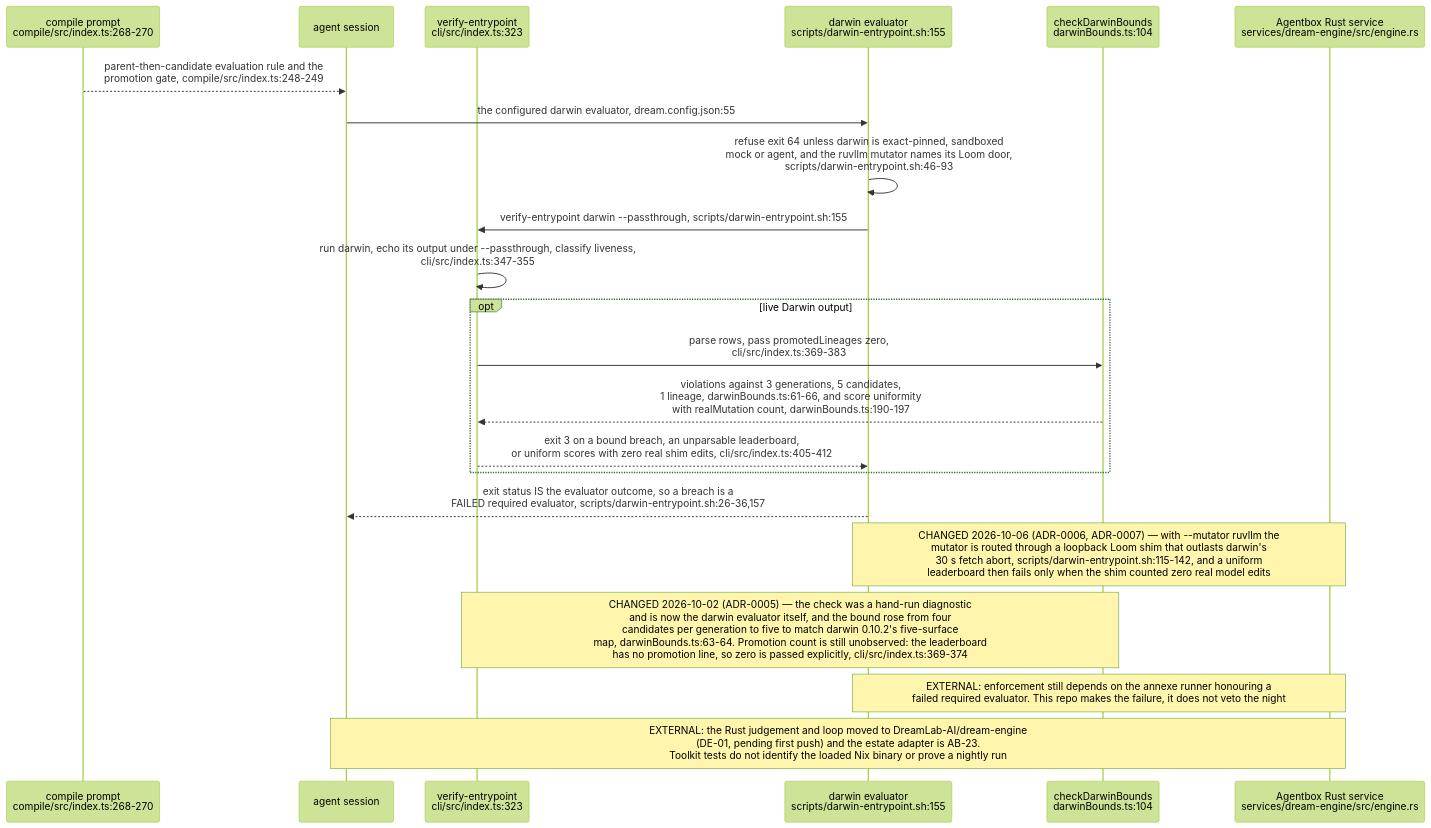
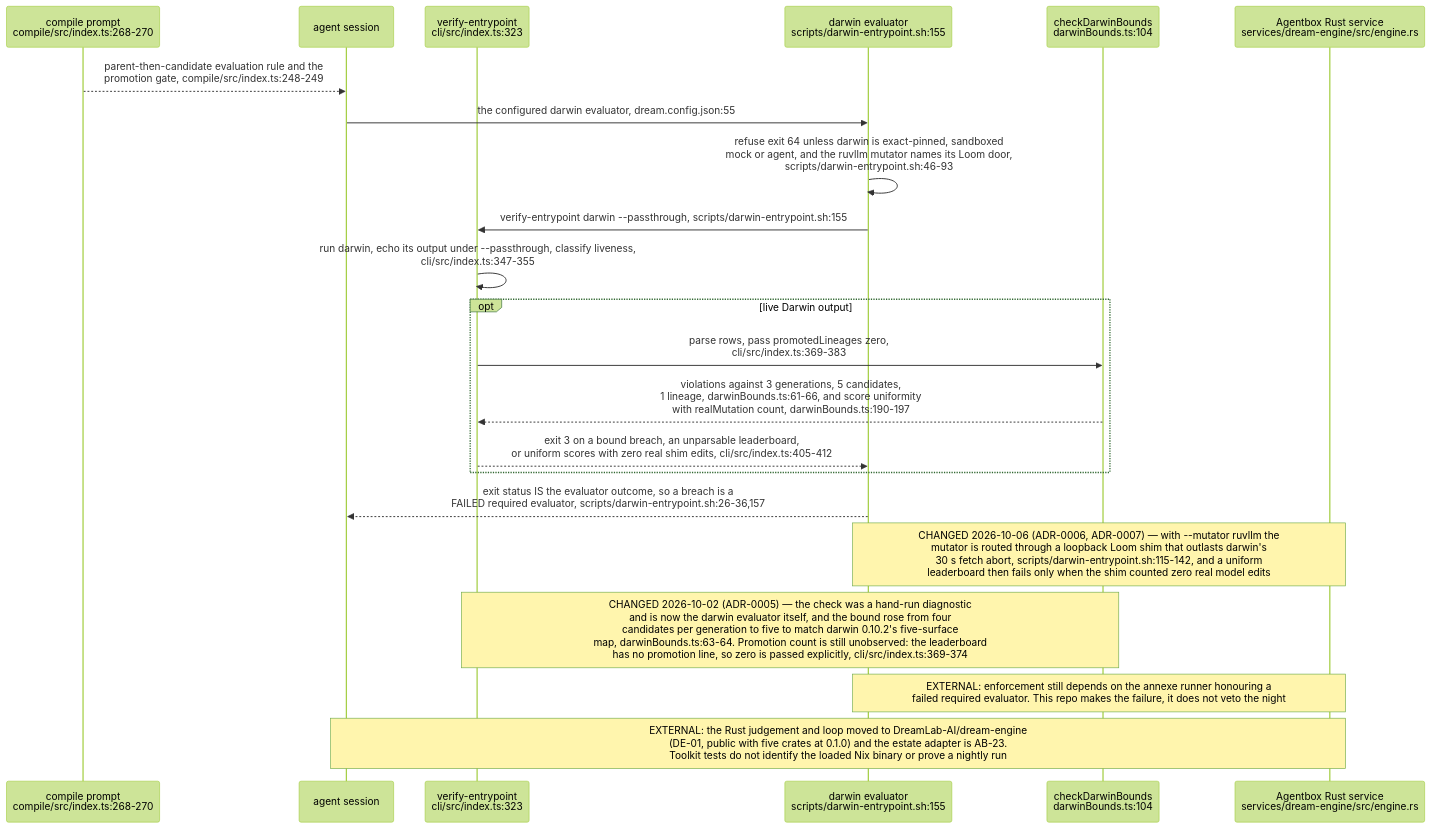
Before and after one commit to DreamLab-AI/VisionFlow: the second of 5 diagrams in docs/diagrams/estate/90-evidence-and-supporting-repositories.md, drawn with Mermaid (forest theme). The commit also changed other lines of this file and 10 other files, not shown here.

First line of the commit message:
docs(diagrams): re-stamp the dream-engine extraction topics to the published state

````diff
--- a/docs/diagrams/estate/90-evidence-and-supporting-repositories.md
+++ b/docs/diagrams/estate/90-evidence-and-supporting-repositories.md
@@ -45,24 +45,24 @@
 ```mermaid
 sequenceDiagram
     participant C as compile prompt<br/>compile/src/index.ts:268-270
     participant A as agent session
     participant D as verify-entrypoint<br/>cli/src/index.ts:323
     participant E as darwin evaluator<br/>scripts/darwin-entrypoint.sh:155
     participant B as checkDarwinBounds<br/>darwinBounds.ts:104
     participant R as Agentbox Rust service<br/>services/dream-engine/src/engine.rs
     C-->>A: parent-then-candidate evaluation rule and the<br/>promotion gate, compile/src/index.ts:248-249
     A->>E: the configured darwin evaluator, dream.config.json:55
     E->>E: refuse exit 64 unless darwin is exact-pinned, sandboxed<br/>mock or agent, and the ruvllm mutator names its Loom door,<br/>scripts/darwin-entrypoint.sh:46-93
     E->>D: verify-entrypoint darwin --passthrough, scripts/darwin-entrypoint.sh:155
     D->>D: run darwin, echo its output under --passthrough, classify liveness,<br/>cli/src/index.ts:347-355
     opt live Darwin output
         D->>B: parse rows, pass promotedLineages zero,<br/>cli/src/index.ts:369-383
         B-->>D: violations against 3 generations, 5 candidates,<br/>1 lineage, darwinBounds.ts:61-66, and score uniformity<br/>with realMutation count, darwinBounds.ts:190-197
         D-->>E: exit 3 on a bound breach, an unparsable leaderboard,<br/>or uniform scores with zero real shim edits, cli/src/index.ts:405-412
     end
     E-->>A: exit status IS the evaluator outcome, so a breach is a<br/>FAILED required evaluator, scripts/darwin-entrypoint.sh:26-36,157
     Note over E,R: CHANGED 2026-10-06 (ADR-0006, ADR-0007) — with --mutator ruvllm the<br/>mutator is routed through a loopback Loom shim that outlasts darwin's<br/>30 s fetch abort, scripts/darwin-entrypoint.sh:115-142, and a uniform<br/>leaderboard then fails only when the shim counted zero real model edits
     Note over D,B: CHANGED 2026-10-02 (ADR-0005) — the check was a hand-run diagnostic<br/>and is now the darwin evaluator itself, and the bound rose from four<br/>candidates per generation to five to match darwin 0.10.2's five-surface<br/>map, darwinBounds.ts:63-64. Promotion count is still unobserved: the leaderboard<br/>has no promotion line, so zero is passed explicitly, cli/src/index.ts:369-374
     Note over E,R: EXTERNAL: enforcement still depends on the annexe runner honouring a<br/>failed required evaluator. This repo makes the failure, it does not veto the night
-    Note over A,R: EXTERNAL: the Rust judgement and loop moved to DreamLab-AI/dream-engine<br/>(DE-01, pending first push) and the estate adapter is AB-23.<br/>Toolkit tests do not identify the loaded Nix binary or prove a nightly run
+    Note over A,R: EXTERNAL: the Rust judgement and loop moved to DreamLab-AI/dream-engine<br/>(DE-01, public with five crates at 0.1.0) and the estate adapter is AB-23.<br/>Toolkit tests do not identify the loaded Nix binary or prove a nightly run
 ```
````
